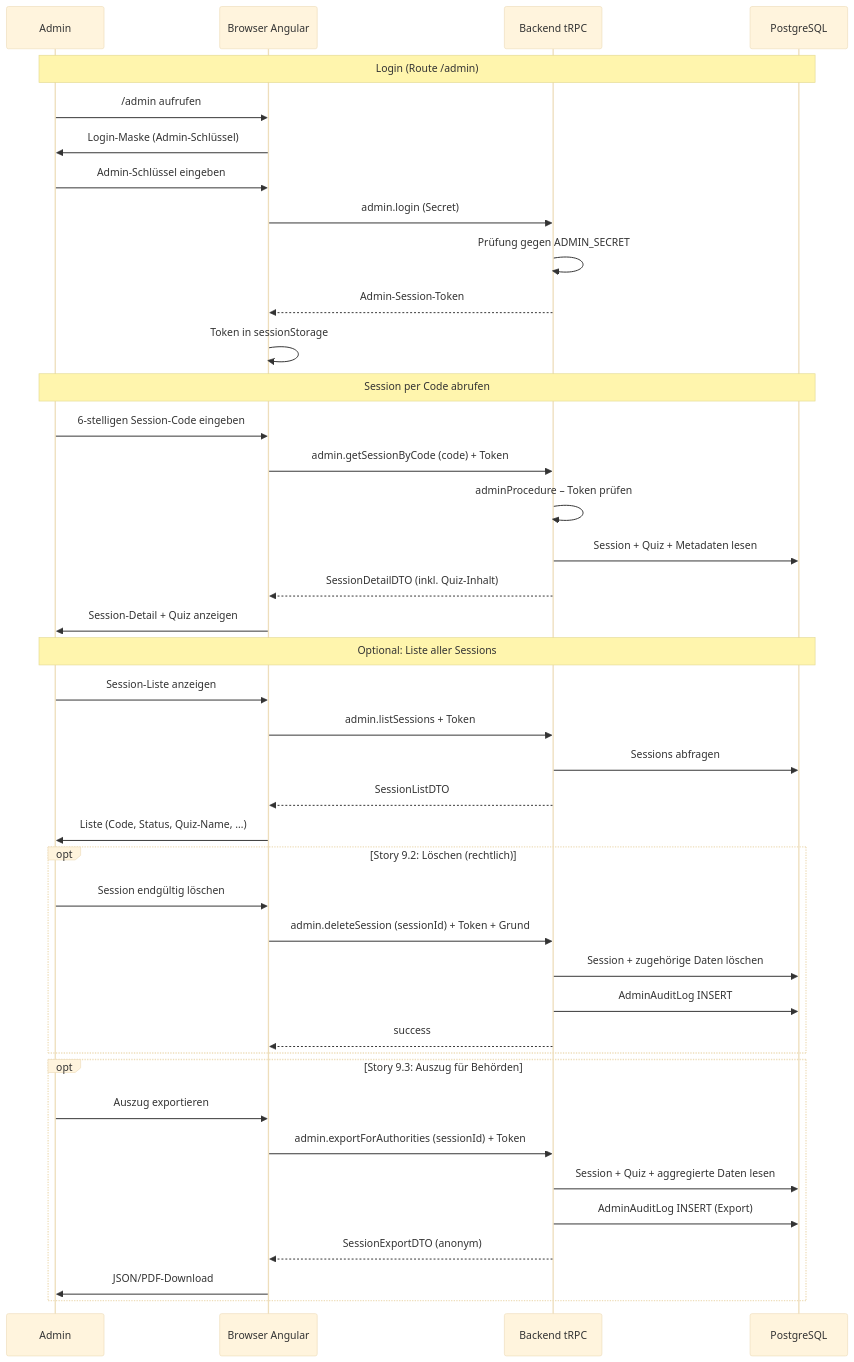
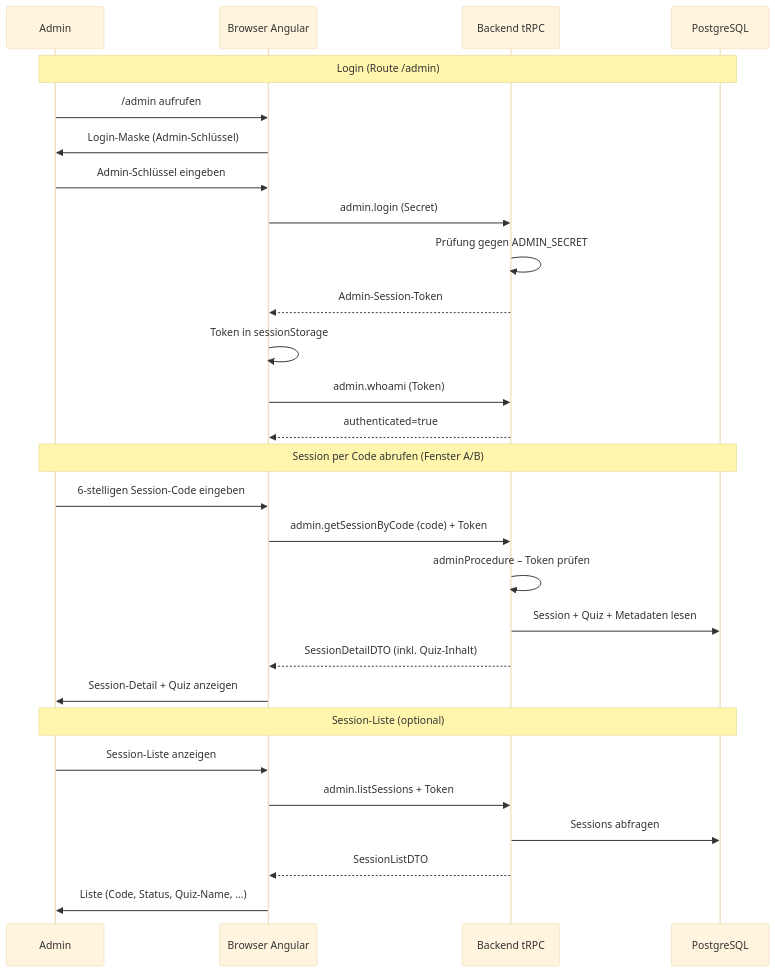
One commit to arsnova-dev/arsnova.eu changed diagram 13 of 16 in docs/diagrams/diagrams.md. Above: the diagram before and after it, drawn with Mermaid (base theme). The commit also changed other lines of this file and 18 other files, not shown here.

````diff
--- a/docs/diagrams/diagrams.md
+++ b/docs/diagrams/diagrams.md
@@ -488,48 +540,33 @@
 ```mermaid
 sequenceDiagram
     participant A as Admin
     participant FE as Browser Angular
     participant BE as Backend tRPC
     participant PG as PostgreSQL
 
     Note over A,PG: Login (Route /admin)
     A->>FE: /admin aufrufen
     FE->>A: Login-Maske (Admin-Schlüssel)
     A->>FE: Admin-Schlüssel eingeben
     FE->>BE: admin.login (Secret)
     BE->>BE: Prüfung gegen ADMIN_SECRET
     BE-->>FE: Admin-Session-Token
     FE->>FE: Token in sessionStorage
+    FE->>BE: admin.whoami (Token)
+    BE-->>FE: authenticated=true
 
-    Note over A,PG: Session per Code abrufen
+    Note over A,PG: Session per Code abrufen (Fenster A/B)
     A->>FE: 6-stelligen Session-Code eingeben
     FE->>BE: admin.getSessionByCode (code) + Token
     BE->>BE: adminProcedure – Token prüfen
     BE->>PG: Session + Quiz + Metadaten lesen
     BE-->>FE: SessionDetailDTO (inkl. Quiz-Inhalt)
     FE->>A: Session-Detail + Quiz anzeigen
 
-    Note over A,PG: Optional: Liste aller Sessions
+    Note over A,PG: Session-Liste (optional)
     A->>FE: Session-Liste anzeigen
     FE->>BE: admin.listSessions + Token
     BE->>PG: Sessions abfragen
     BE-->>FE: SessionListDTO
     FE->>A: Liste (Code, Status, Quiz-Name, …)
-
-    opt Story 9.2: Löschen (rechtlich)
-        A->>FE: Session endgültig löschen
-        FE->>BE: admin.deleteSession (sessionId) + Token + Grund
-        BE->>PG: Session + zugehörige Daten löschen
-        BE->>PG: AdminAuditLog INSERT
-        BE-->>FE: success
-    end
-
-    opt Story 9.3: Auszug für Behörden
-        A->>FE: Auszug exportieren
-        FE->>BE: admin.exportForAuthorities (sessionId) + Token
-        BE->>PG: Session + Quiz + aggregierte Daten lesen
-        BE->>PG: AdminAuditLog INSERT (Export)
-        BE-->>FE: SessionExportDTO (anonym)
-        FE->>A: JSON/PDF-Download
-    end
 ```
````
